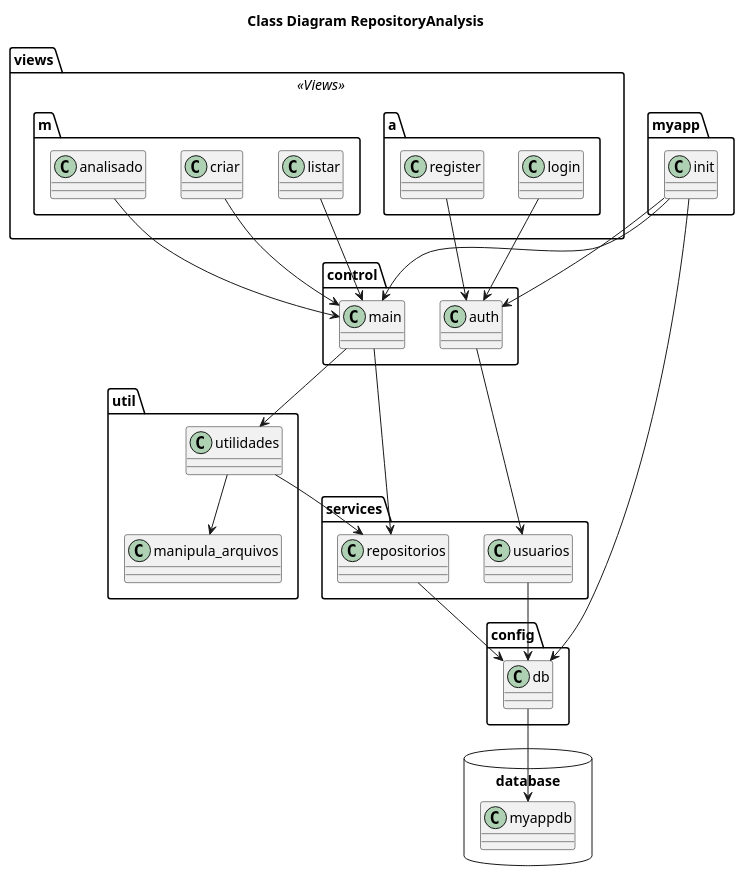
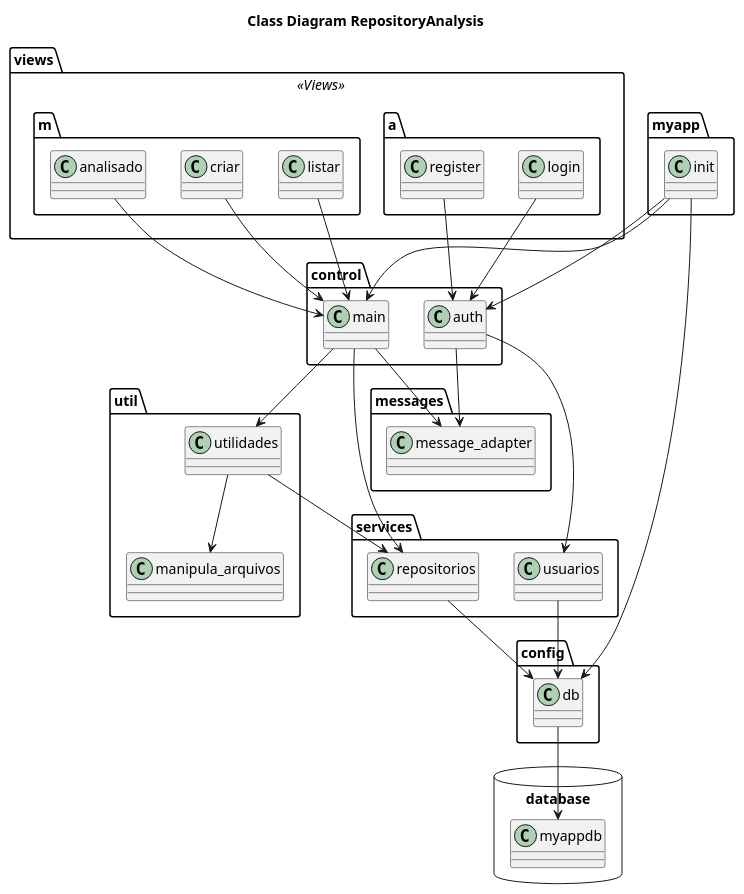
The diagram in docs/architecture_overview.wsd (myplayareas/ppc), drawn with PlantUML before and after one commit. The commit also changed 28 other files, not shown here.

```diff
--- a/docs/architecture_overview.wsd
+++ b/docs/architecture_overview.wsd
@@ -1,62 +1,68 @@
 @startuml
 title Class Diagram RepositoryAnalysis
 
 package myapp <<Folder>> {
   class init
 }
 
 package control <<Folder>> {
   class main
   class auth
 }
 
 package util <<Folder>> {
   class utilidades
   class manipula_arquivos
 }
 
 package services <<Folder>> {
   class repositorios
   class usuarios
 }
 
 package config <<Folder>> {
   class db
 }
 
 package database <<Database>> {
   class myappdb
 }
 
+package messages <<Folder>> {
+  class message_adapter
+}
+
 package views <<Views>> {
   package m <<Folder>> {
     class listar
     class criar
     class analisado
   }
 
   package a <<Folder>> {
     class login
     class register
   }
 
 }
 
 init --> db
 init --> main
 init --> auth
 db --> myappdb
 main --> repositorios
 repositorios --> db
 main --> utilidades
+main --> message_adapter
 utilidades --> manipula_arquivos
 utilidades --> repositorios
 auth --> usuarios
+auth --> message_adapter
 usuarios --> db
 listar --> main 
 criar --> main
 analisado --> main
 login --> auth 
 register --> auth
 
 @enduml
```
